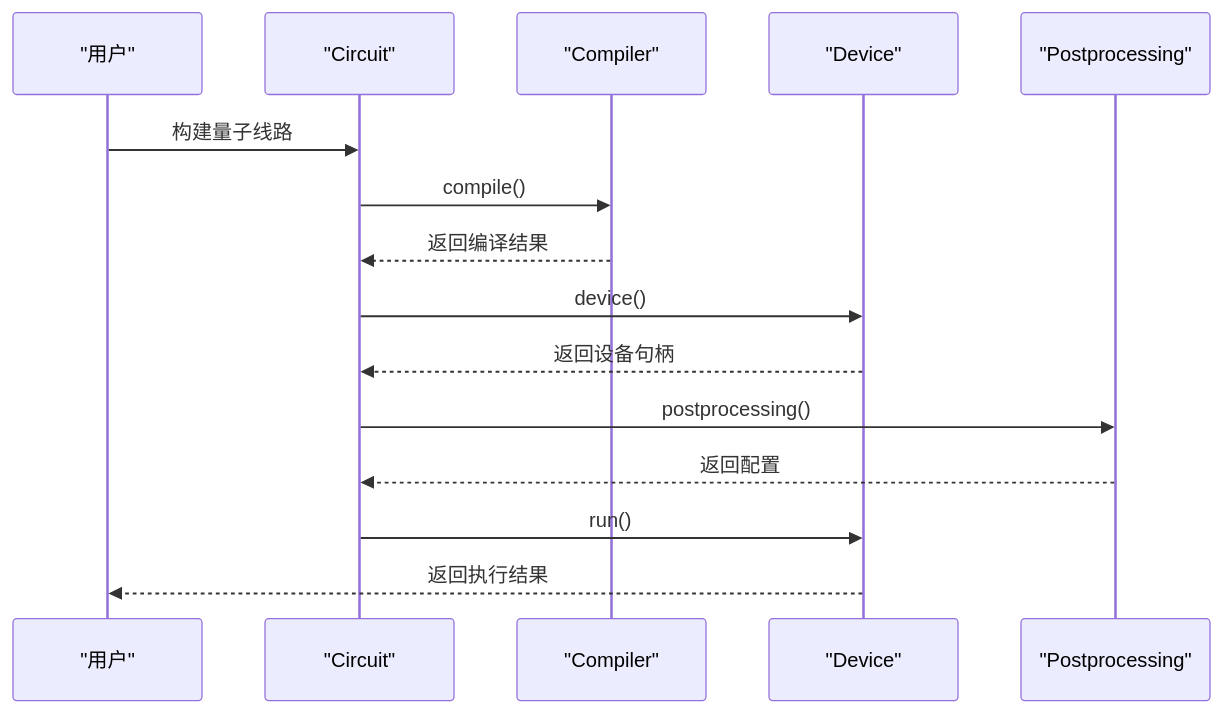
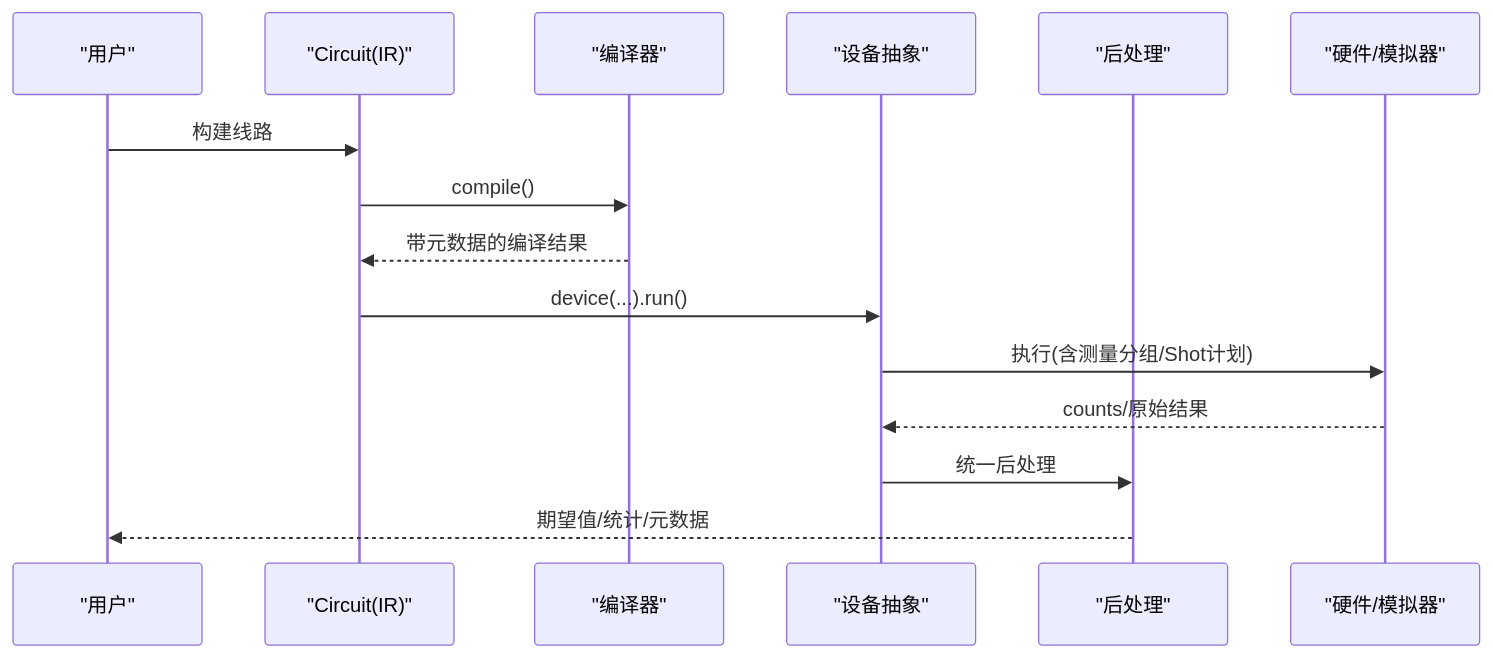
The second of 9 diagrams in .qoder/repowiki/zh/content/项目概述.md (QureGenAI-Biotech/TyxonQ), drawn with Mermaid before and after one commit. The commit also changed other lines of this file and 516 other files, not shown here.

````diff
--- a/.qoder/repowiki/zh/content/项目概述.md
+++ b/.qoder/repowiki/zh/content/项目概述.md
@@ -154,17 +122,17 @@
 ```mermaid
 sequenceDiagram
-participant 用户 as "用户"
-participant 电路 as "Circuit"
-participant 编译器 as "Compiler"
-participant 设备 as "Device"
-participant 后处理 as "Postprocessing"
-用户->>电路 : 构建量子线路
-电路->>编译器 : compile()
-编译器-->>电路 : 返回编译结果
-电路->>设备 : device()
-设备-->>电路 : 返回设备句柄
-电路->>后处理 : postprocessing()
-后处理-->>电路 : 返回配置
-电路->>设备 : run()
-设备-->>用户 : 返回执行结果
+participant U as "用户"
+participant C as "Circuit(IR)"
+participant K as "编译器"
+participant D as "设备抽象"
+participant P as "后处理"
+participant H as "硬件/模拟器"
+U->>C : 构建线路
+C->>K : compile()
+K-->>C : 带元数据的编译结果
+C->>D : device(...).run()
+D->>H : 执行(含测量分组/Shot计划)
+H-->>D : counts/原始结果
+D->>P : 统一后处理
+P-->>U : 期望值/统计/元数据
 ```
````
